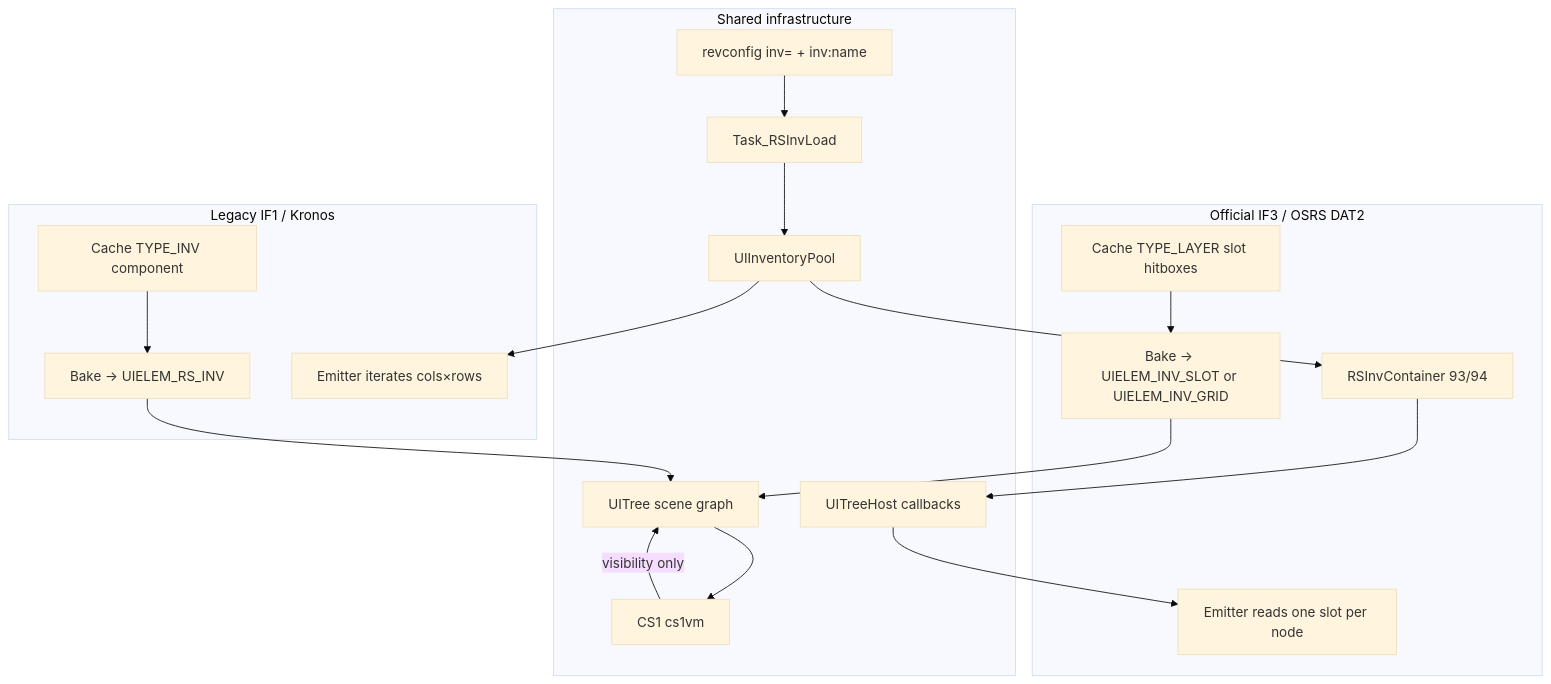
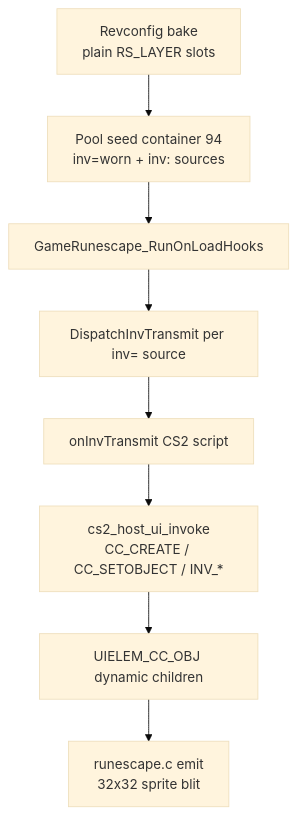
Before and after one commit to MRobertEvers/oldschool-clientc: the diagram in docs/equipment_if3_rendering.md, drawn with Mermaid (base theme). The commit also changed other lines of this file and 134 other files, not shown here.

````diff
--- a/docs/equipment_if3_rendering.md
+++ b/docs/equipment_if3_rendering.md
@@ -67,33 +42,10 @@
 ```mermaid
-flowchart TB
-    subgraph legacy [Legacy IF1 / Kronos]
-        CacheINV["Cache TYPE_INV component"]
-        BakeINV["Bake → UIELEM_RS_INV"]
-        EmitGrid["Emitter iterates cols×rows"]
-    end
-
-    subgraph if3 [Official IF3 / OSRS DAT2]
-        CacheLayer["Cache TYPE_LAYER slot hitboxes"]
-        BakeSlot["Bake → UIELEM_INV_SLOT or UIELEM_INV_GRID"]
-        Container["RSInvContainer 93/94"]
-        EmitSlot["Emitter reads one slot per node"]
-    end
-
-    subgraph shared [Shared infrastructure]
-        Pool["UIInventoryPool"]
-        InvLoad["Task_RSInvLoad"]
-        RevINI["revconfig inv= + inv:name"]
-        UITree["UITree scene graph"]
-        Host["UITreeHost callbacks"]
-        CS1VM["CS1 cs1vm"]
-    end
-
-    RevINI --> InvLoad --> Pool
-    Pool --> Container
-    CacheINV --> BakeINV --> UITree
-    CacheLayer --> BakeSlot --> UITree
-    Container --> Host --> EmitSlot
-    Pool --> EmitGrid
-    UITree --> CS1VM
-    CS1VM -->|"visibility only"| UITree
+flowchart TD
+    Bake["Revconfig bake\nplain RS_LAYER slots"] --> Seed["Pool seed container 94\ninv=worn + inv: sources"]
+    Seed --> OnLoad["GameRunescape_RunOnLoadHooks"]
+    OnLoad --> Transmit["DispatchInvTransmit per inv= source"]
+    Transmit --> CS2["onInvTransmit CS2 script"]
+    CS2 --> Host["cs2_host_ui_invoke\nCC_CREATE / CC_SETOBJECT / INV_*"]
+    Host --> Tree["UIELEM_CC_OBJ dynamic children"]
+    Tree --> Emit["runescape.c emit\n32x32 sprite blit"]
 ```
````
